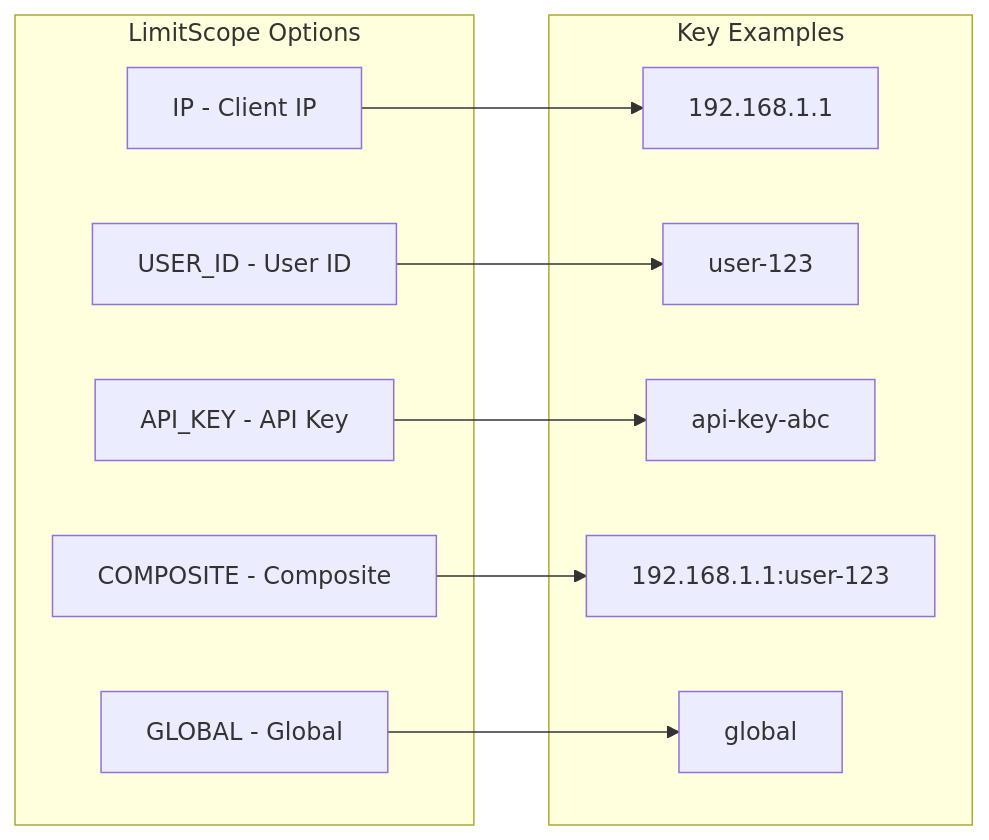
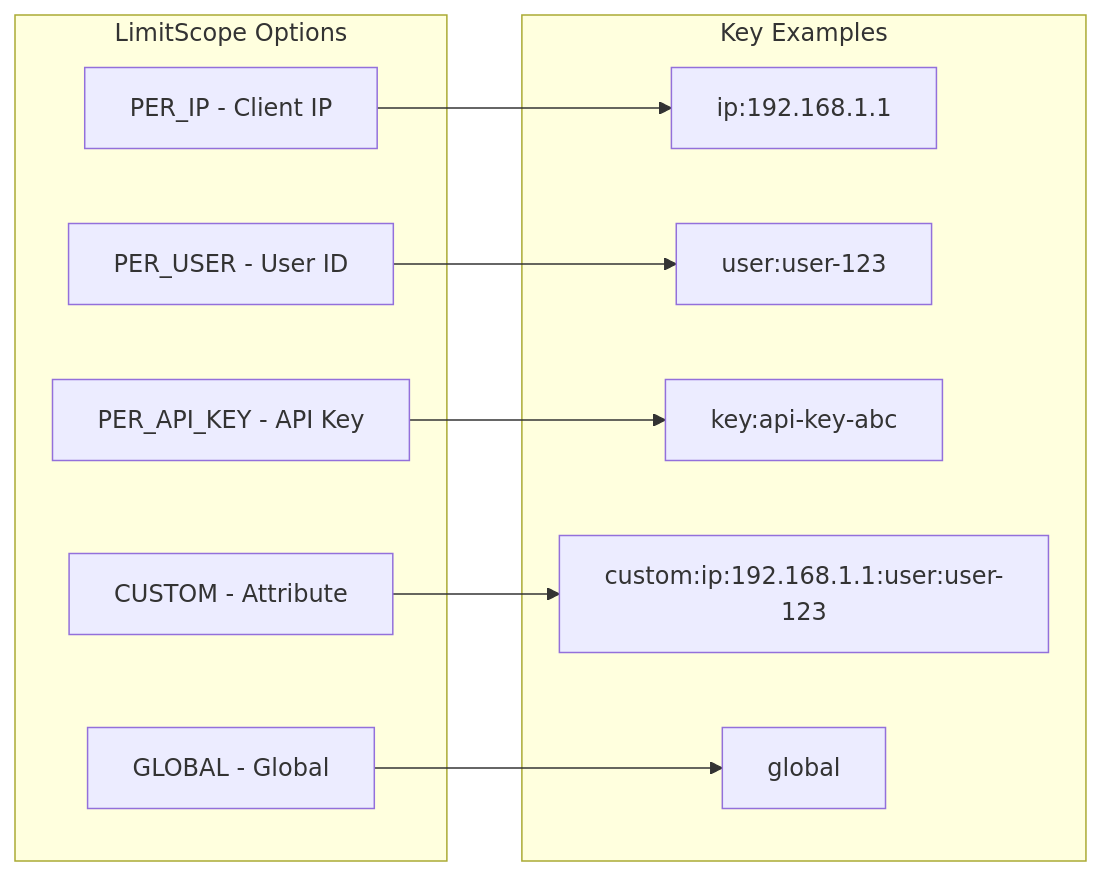
Before and after one commit to OpenFluxGate/fluxgate: the ninth of 11 diagrams in docs/en/architecture/README.md, drawn with Mermaid. The commit also changed other lines of this file and 33 other files, not shown here.

Commit message:
docs: 0.4 README, CHANGELOG, migration guide and architecture docs (EN/KO)

````diff
--- a/docs/en/architecture/README.md
+++ b/docs/en/architecture/README.md
@@ -683,24 +730,24 @@
 ```mermaid
 flowchart LR
     subgraph Scopes["LimitScope Options"]
-        IP[IP - Client IP]
-        USER[USER_ID - User ID]
-        API[API_KEY - API Key]
-        COMP[COMPOSITE - Composite]
+        IP[PER_IP - Client IP]
+        USER[PER_USER - User ID]
+        API[PER_API_KEY - API Key]
+        COMP[CUSTOM - Attribute]
         GLOBAL[GLOBAL - Global]
     end
 
     subgraph Examples["Key Examples"]
-        E1["192.168.1.1"]
-        E2["user-123"]
-        E3["api-key-abc"]
-        E4["192.168.1.1:user-123"]
+        E1["ip:192.168.1.1"]
+        E2["user:user-123"]
+        E3["key:api-key-abc"]
+        E4["custom:ip:192.168.1.1:user:user-123"]
         E5["global"]
     end
 
     IP --> E1
     USER --> E2
     API --> E3
     COMP --> E4
     GLOBAL --> E5
 ```
````
